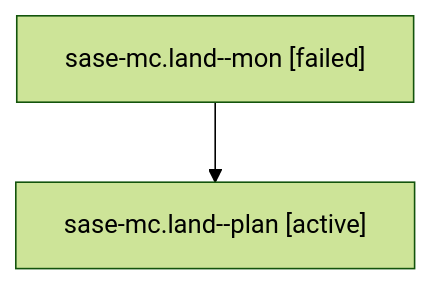
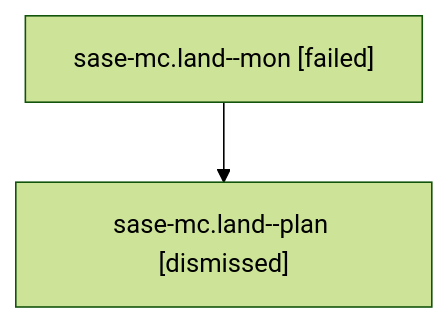
Before and after one commit to sase-org/sase--agents: the diagram in sessions/bbugyi200.athena.sase-mc.land.md, drawn with Mermaid (forest theme). The commit also changed other lines of this file and 218 other files, not shown here.

````diff
--- a/sessions/bbugyi200.athena.sase-mc.land.md
+++ b/sessions/bbugyi200.athena.sase-mc.land.md
@@ -9,6 +9,6 @@
 ```mermaid
 flowchart TD
   n0["sase-mc.land--mon [failed]"]
-  n1["sase-mc.land--plan [active]"]
+  n1["sase-mc.land--plan [dismissed]"]
   n0 --> n1
 ```
````
